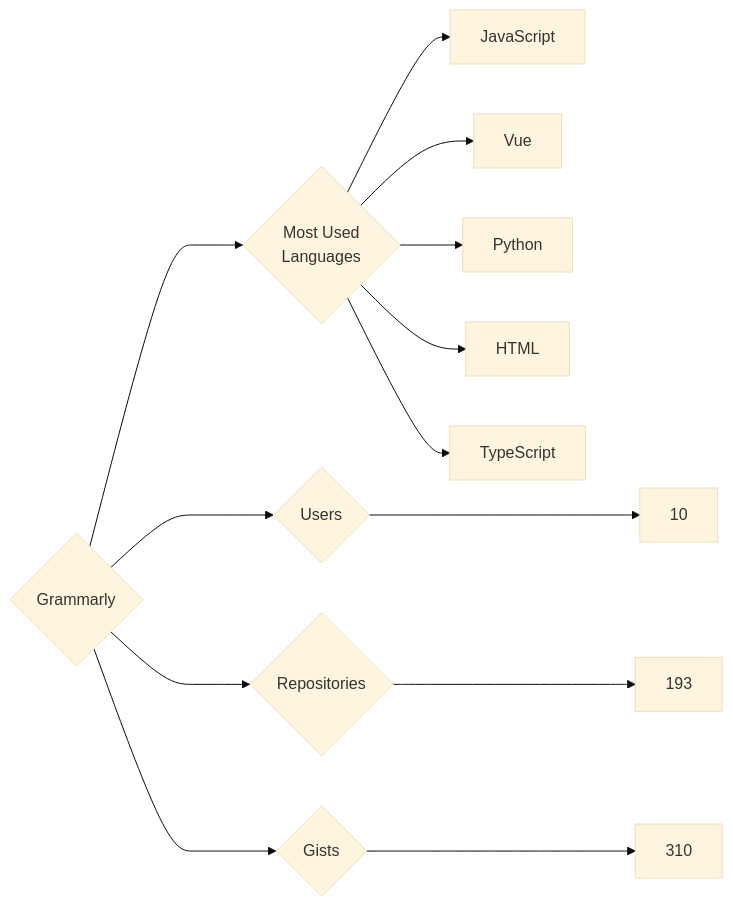
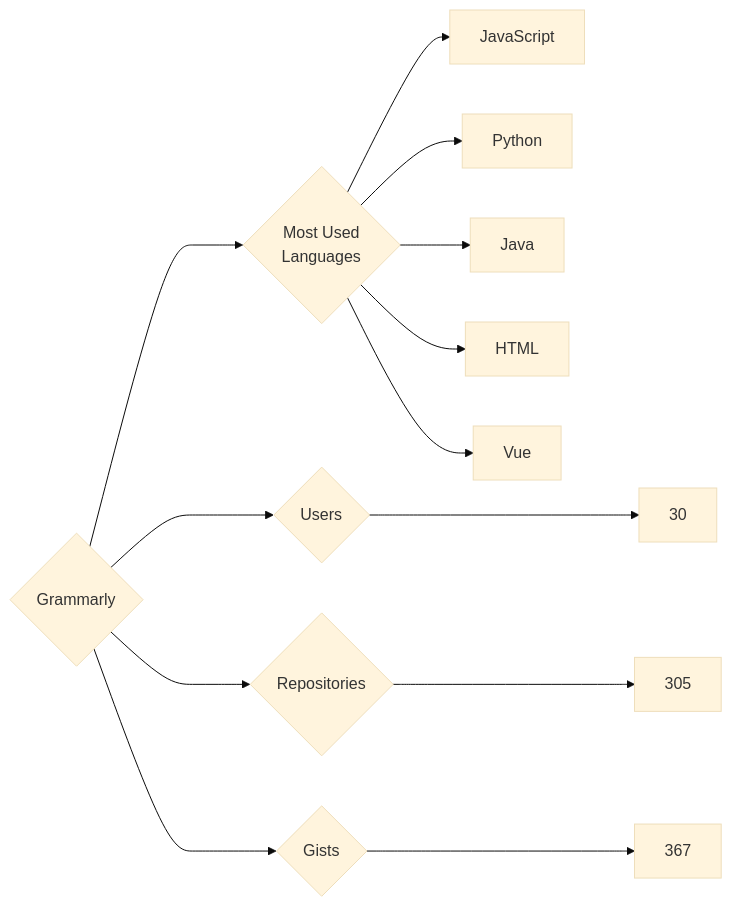
One commit to trickest/insiders changed the diagram in targets/Grammarly/README.md. Above: the diagram before and after it, drawn with Mermaid (base theme). The commit also changed 748 other files, not shown here.

````diff
--- a/targets/Grammarly/README.md
+++ b/targets/Grammarly/README.md
@@ -3,13 +3,13 @@
 ```mermaid
 graph LR
 COMPANY_NAME{Grammarly}
-COMPANY_NAME ---> U{Users} ---> UN[10]
-COMPANY_NAME ---> R{Repositories} ---> RN[193]
-COMPANY_NAME ---> G{Gists} ---> GN[310]
+COMPANY_NAME ---> U{Users} ---> UN[30]
+COMPANY_NAME ---> R{Repositories} ---> RN[305]
+COMPANY_NAME ---> G{Gists} ---> GN[367]
 COMPANY_NAME ---> ML{Most Used<br>Languages}
 ML --> JavaScript[JavaScript]
+ML --> Python[Python]
+ML --> Java[Java]
+ML --> HTML[HTML]
 ML --> Vue[Vue]
-ML --> Python[Python]
-ML --> HTML[HTML]
-ML --> TypeScript[TypeScript]
 ```
````
